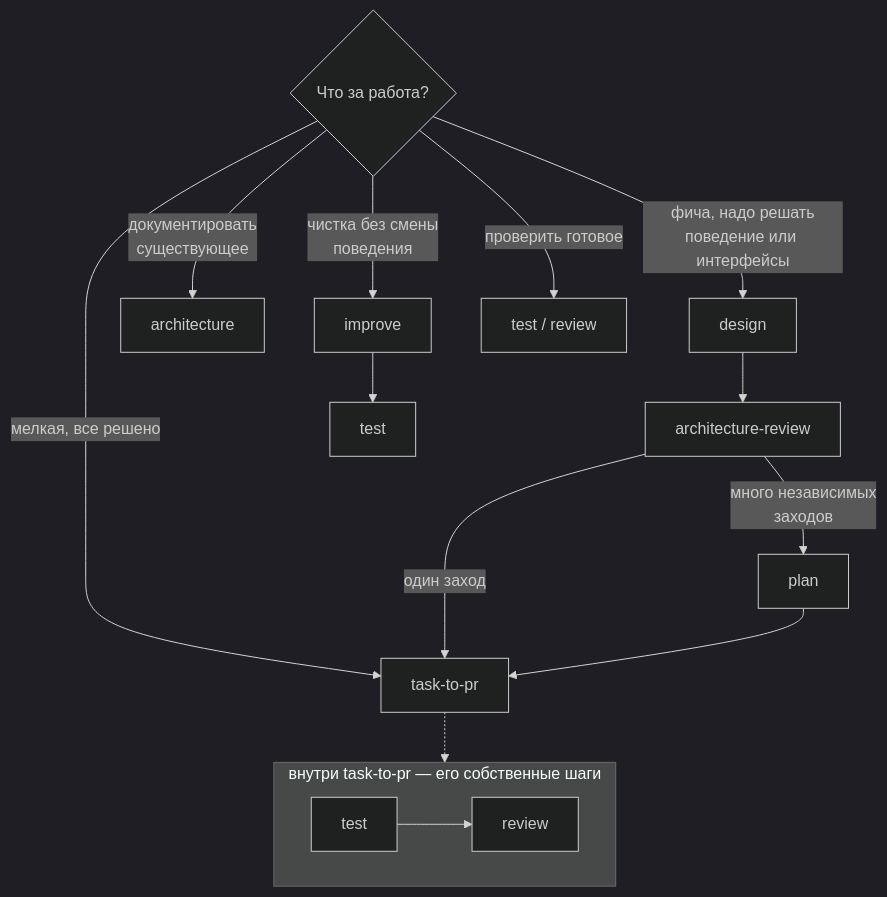
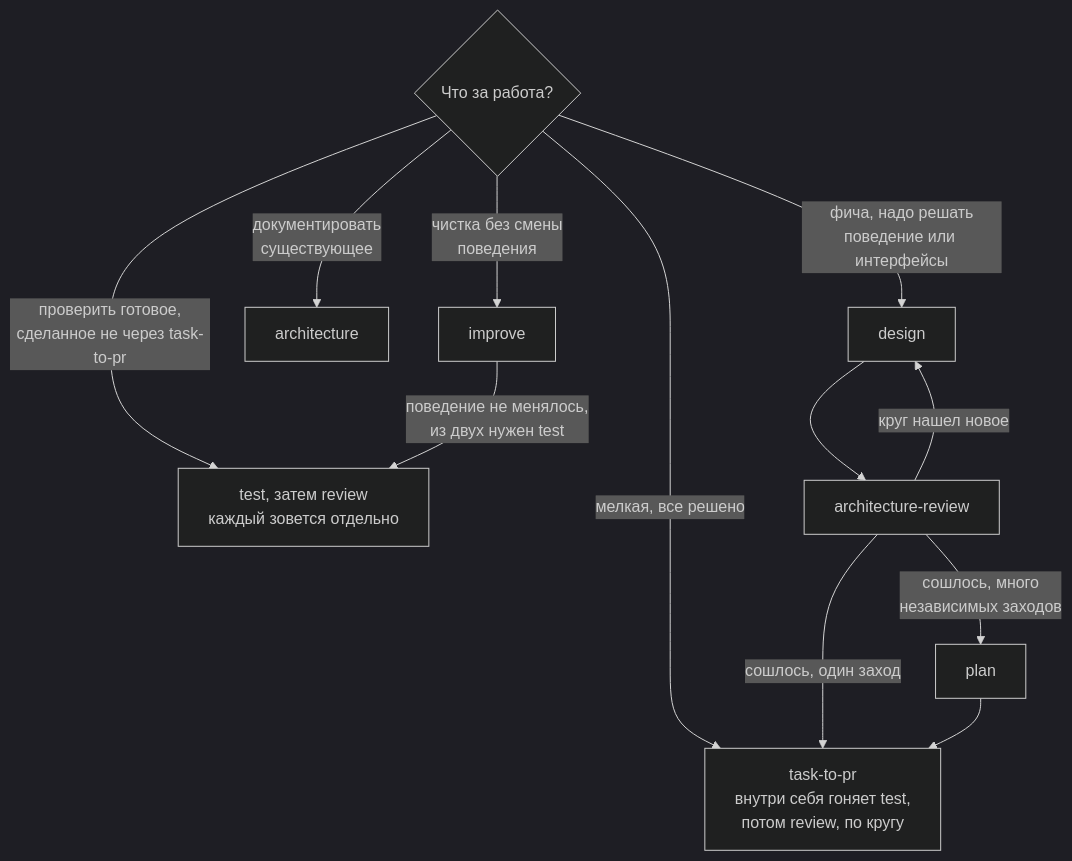
The diagram in docs/conventions/PROCESS.md (dm-am/dm3), drawn with Mermaid (dark theme) before and after one commit. The commit also changed other lines of this file and 1646 other files, not shown here.

````diff
--- a/docs/conventions/PROCESS.md
+++ b/docs/conventions/PROCESS.md
@@ -15,20 +15,16 @@
 ```mermaid
 flowchart TB
     q{"Что за работа?"}
-    q -->|"мелкая, все решено"| tp["task-to-pr"]
+    q -->|"мелкая, все решено"| tp["task-to-pr<br/>внутри себя гоняет test,<br/>потом review, по кругу"]
     q -->|"фича, надо решать<br/>поведение или интерфейсы"| d["design"]
     q -->|"документировать<br/>существующее"| arch["architecture"]
     q -->|"чистка без смены<br/>поведения"| imp["improve"]
-    q -->|"проверить готовое"| tr["test / review"]
+    q -->|"проверить готовое,<br/>сделанное не через task-to-pr"| tr["test, затем review<br/>каждый зовется отдельно"]
 
     d --> ar["architecture-review"]
-    ar -->|"много независимых<br/>заходов"| pl["plan"]
-    ar -->|"один заход"| tp
+    ar -->|"круг нашел новое"| d
+    ar -->|"сошлось, много<br/>независимых заходов"| pl["plan"]
+    ar -->|"сошлось, один заход"| tp
     pl --> tp
-    imp --> t["test"]
-
-    subgraph tpi["внутри task-to-pr — его собственные шаги"]
-        t2["test"] --> r2["review"]
-    end
-    tp -.-> tpi
+    imp -->|"поведение не менялось,<br/>из двух нужен test"| tr
 ```
````
